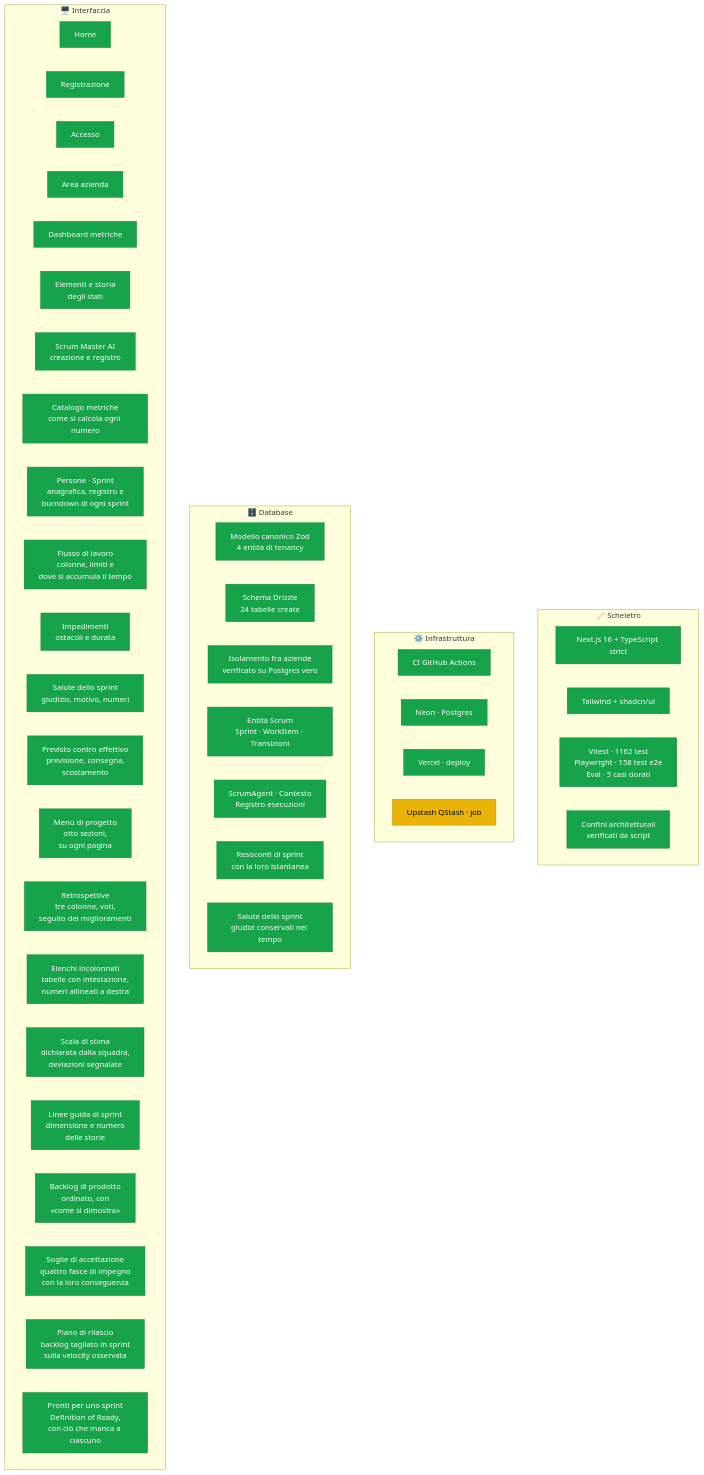
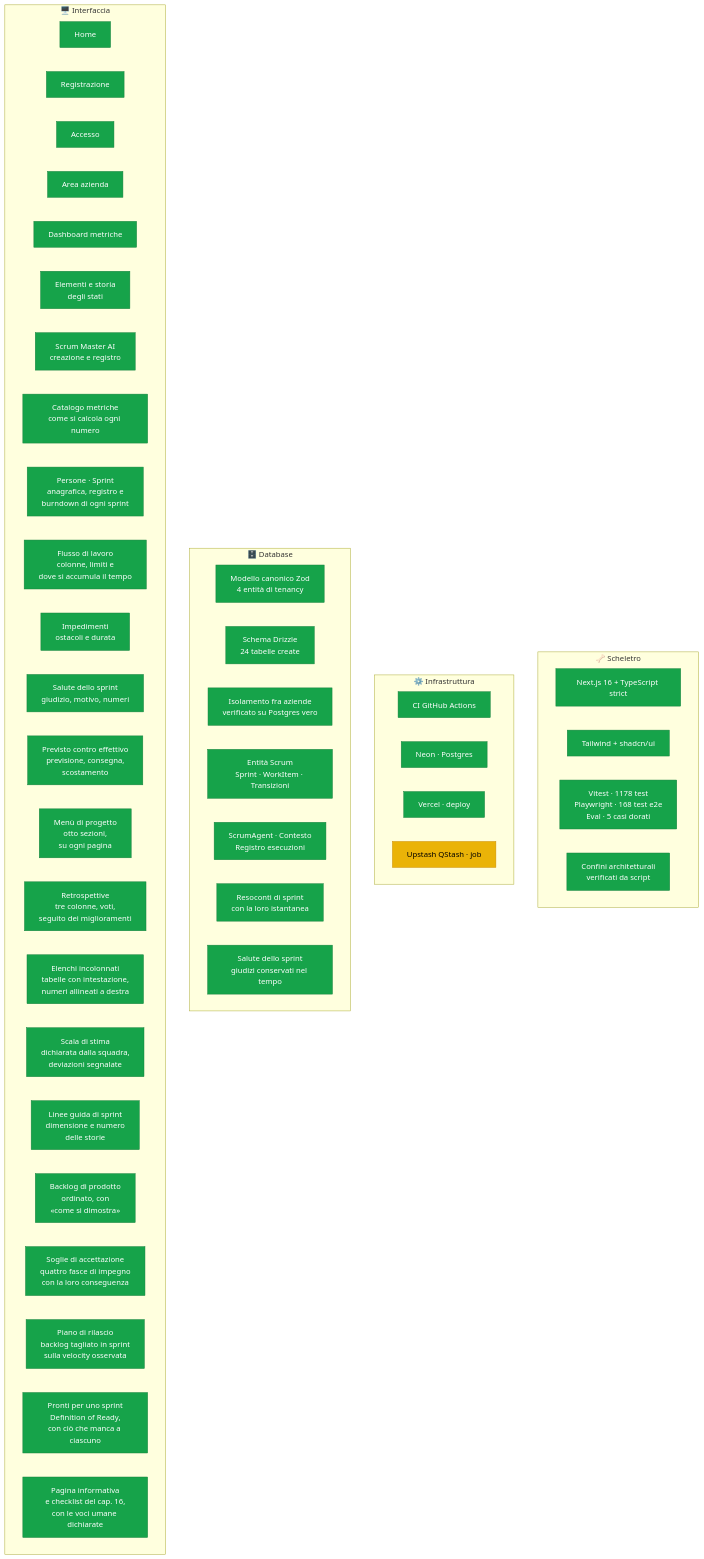
Before and after one commit to dibari62/scrum-master-ai: the first of 3 diagrams in docs/stato-progetto.md, drawn with Mermaid. The commit also changed other lines of this file and 16 other files, not shown here.

First line of the commit message:
feat(metrics): il capitolo 16 per intero -- checklist e pagina informativa

````diff
--- a/docs/stato-progetto.md
+++ b/docs/stato-progetto.md
@@ -16,61 +16,62 @@
 ```mermaid
 graph TB
     subgraph SCH["🦴 Scheletro"]
         S1["Next.js 16 + TypeScript strict"]
         S2["Tailwind + shadcn/ui"]
-        S3["Vitest · 1162 test<br/>Playwright · 158 test e2e<br/>Eval · 5 casi dorati"]
+        S3["Vitest · 1178 test<br/>Playwright · 168 test e2e<br/>Eval · 5 casi dorati"]
         S4["Confini architetturali<br/>verificati da script"]
     end
 
     subgraph INF["⚙️ Infrastruttura"]
         I1["CI GitHub Actions"]
         I2["Neon · Postgres"]
         I3["Vercel · deploy"]
         I4["Upstash QStash · job"]
     end
 
     subgraph DB["🗄️ Database"]
         D1["Modello canonico Zod<br/>4 entità di tenancy"]
         D2["Schema Drizzle<br/>24 tabelle create"]
         D3["Isolamento fra aziende<br/>verificato su Postgres vero"]
         D4["Entità Scrum<br/>Sprint · WorkItem · Transizioni"]
         D5["ScrumAgent · Contesto<br/>Registro esecuzioni"]
         D6["Resoconti di sprint<br/>con la loro istantanea"]
         D7["Salute dello sprint<br/>giudizi conservati nel tempo"]
     end
 
     subgraph UI["🖥️ Interfaccia"]
         U1["Home"]
         U2["Registrazione"]
         U3["Accesso"]
         U4["Area azienda"]
         U5["Dashboard metriche"]
         U7["Elementi e storia<br/>degli stati"]
         U6["Scrum Master AI<br/>creazione e registro"]
         U8["Catalogo metriche<br/>come si calcola ogni numero"]
         U9["Persone · Sprint<br/>anagrafica, registro e<br/>burndown di ogni sprint"]
         U10["Flusso di lavoro<br/>colonne, limiti e<br/>dove si accumula il tempo"]
         U11["Impedimenti<br/>ostacoli e durata"]
         U12["Salute dello sprint<br/>giudizio, motivo, numeri"]
         U13["Previsto contro effettivo<br/>previsione, consegna,<br/>scostamento"]
         U14["Menù di progetto<br/>otto sezioni,<br/>su ogni pagina"]
         U15["Retrospettive<br/>tre colonne, voti,<br/>seguito dei miglioramenti"]
         U16["Elenchi incolonnati<br/>tabelle con intestazione,<br/>numeri allineati a destra"]
         U17["Scala di stima<br/>dichiarata dalla squadra,<br/>deviazioni segnalate"]
         U18["Linee guida di sprint<br/>dimensione e numero<br/>delle storie"]
         U19["Backlog di prodotto<br/>ordinato, con<br/>«come si dimostra»"]
         U20["Soglie di accettazione<br/>quattro fasce di impegno<br/>con la loro conseguenza"]
         U21["Piano di rilascio<br/>backlog tagliato in sprint<br/>sulla velocity osservata"]
         U22["Pronti per uno sprint<br/>Definition of Ready,<br/>con ciò che manca a ciascuno"]
+        U23["Pagina informativa<br/>e checklist del cap. 16,<br/>con le voci umane dichiarate"]
     end
 
     classDef fatto fill:#16a34a,stroke:#15803d,color:#fff
     classDef corso fill:#eab308,stroke:#ca8a04,color:#000
     classDef todo fill:#e5e7eb,stroke:#9ca3af,color:#6b7280
 
     class S1,S2,S3,S4 fatto
     class I1,I2,I3 fatto
     class I4 corso
     class D1,D2,D3,D4,D5,D6,D7 fatto
-    class U1,U2,U3,U4,U5,U6,U7,U8,U9,U10,U11,U12,U13,U14,U15,U16,U17,U18,U19,U20,U21,U22 fatto
+    class U1,U2,U3,U4,U5,U6,U7,U8,U9,U10,U11,U12,U13,U14,U15,U16,U17,U18,U19,U20,U21,U22,U23 fatto
 ```
````
